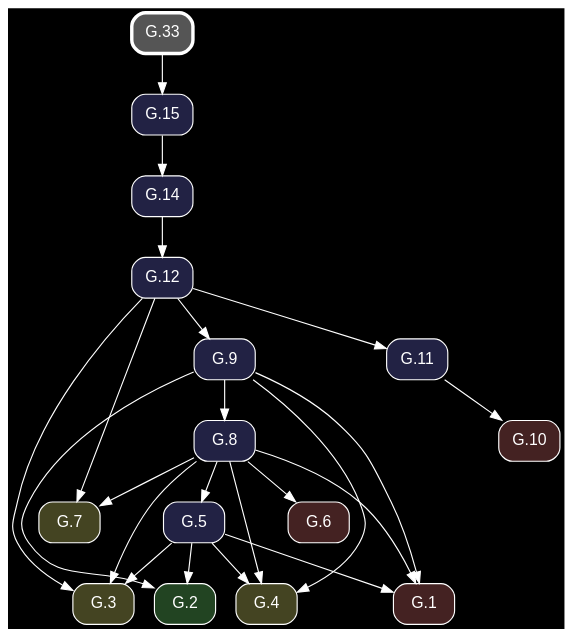
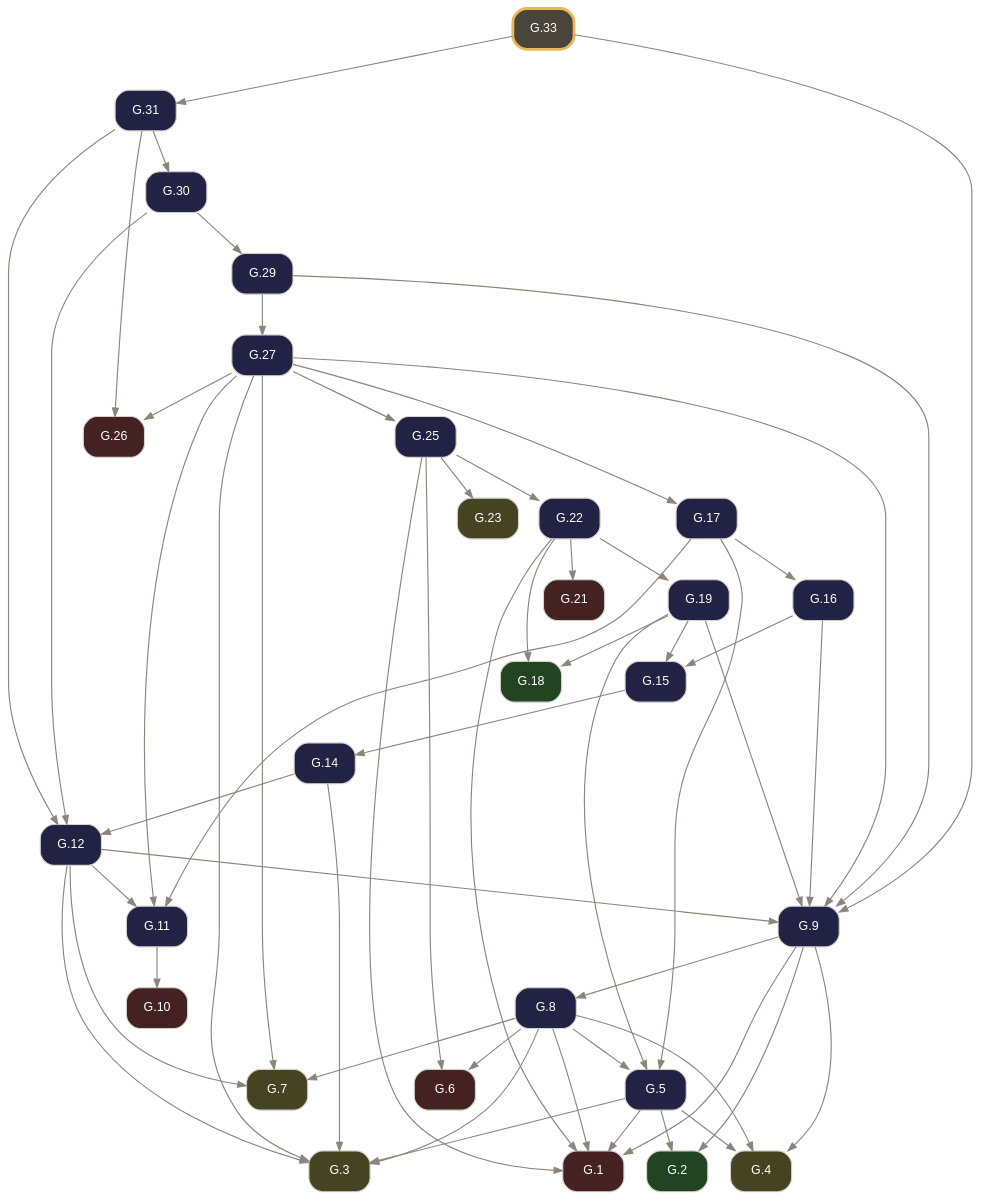
One commit to geometor/elements changed the diagram in docsrc/elements2/G.33/index.rst. Above: the diagram before and after it, drawn with Graphviz. The commit also changed other lines of this file and 261 other files, not shown here.

Commit message:
feat: rebuild Elements 2.0 G-Index pipeline from composed Euclid Heath edition (v0.3.0)

```diff
--- a/docsrc/elements2/G.33/index.rst
+++ b/docsrc/elements2/G.33/index.rst
@@ -38,45 +101,91 @@
 .. graphviz::
 
    digraph {
-     bgcolor="black";
-     node [shape=box, style="rounded,filled", fontname="Helvetica", color="white", fontcolor="white"];
-     edge [color="white", fontcolor="white"];
+     bgcolor="transparent";
+     node [shape=box, style="rounded,filled", fontname="Helvetica", fontsize=11, color="#d6d3cd", fontcolor="#ffffff"];
+     edge [color="#8c857b", fontcolor="#8c857b", arrowsize=0.75];
      rankdir="TB";
-     "G.12" [label="G.12", fillcolor="#222244", URL="/elements2/G.12/", target="_top"];
-     "G.33" [label="G.33", penwidth=3, color="white", fillcolor="#555555", URL="/elements2/G.33/", target="_top"];
-     "G.14" [label="G.14", fillcolor="#222244", URL="/elements2/G.14/", target="_top"];
-     "G.6" [label="G.6", fillcolor="#442222", URL="/elements2/G.6/", target="_top"];
-     "G.8" [label="G.8", fillcolor="#222244", URL="/elements2/G.8/", target="_top"];
-     "G.9" [label="G.9", fillcolor="#222244", URL="/elements2/G.9/", target="_top"];
-     "G.7" [label="G.7", fillcolor="#444422", URL="/elements2/G.7/", target="_top"];
-     "G.10" [label="G.10", fillcolor="#442222", URL="/elements2/G.10/", target="_top"];
-     "G.3" [label="G.3", fillcolor="#444422", URL="/elements2/G.3/", target="_top"];
-     "G.15" [label="G.15", fillcolor="#222244", URL="/elements2/G.15/", target="_top"];
-     "G.11" [label="G.11", fillcolor="#222244", URL="/elements2/G.11/", target="_top"];
-     "G.5" [label="G.5", fillcolor="#222244", URL="/elements2/G.5/", target="_top"];
-     "G.4" [label="G.4", fillcolor="#444422", URL="/elements2/G.4/", target="_top"];
-     "G.1" [label="G.1", fillcolor="#442222", URL="/elements2/G.1/", target="_top"];
-     "G.2" [label="G.2", fillcolor="#224422", URL="/elements2/G.2/", target="_top"];
-     "G.14" -> "G.12";
-     "G.15" -> "G.14";
-     "G.8" -> "G.6";
-     "G.9" -> "G.8";
-     "G.12" -> "G.9";
-     "G.8" -> "G.7";
-     "G.12" -> "G.7";
-     "G.11" -> "G.10";
+     "G.1" [label="G.1", tooltip="G.1 (I.cn.1)", fillcolor="#442222", URL="../G.1/index.html", target="_top"];
+     "G.2" [label="G.2", tooltip="G.2 (I.def.15)", fillcolor="#224422", URL="../G.2/index.html", target="_top"];
+     "G.3" [label="G.3", tooltip="G.3 (I.post.1)", fillcolor="#444422", URL="../G.3/index.html", target="_top"];
+     "G.4" [label="G.4", tooltip="G.4 (I.post.3)", fillcolor="#444422", URL="../G.4/index.html", target="_top"];
+     "G.5" [label="G.5", tooltip="G.5 (I.1)", fillcolor="#222244", URL="../G.5/index.html", target="_top"];
+     "G.6" [label="G.6", tooltip="G.6 (I.cn.3)", fillcolor="#442222", URL="../G.6/index.html", target="_top"];
+     "G.7" [label="G.7", tooltip="G.7 (I.post.2)", fillcolor="#444422", URL="../G.7/index.html", target="_top"];
+     "G.8" [label="G.8", tooltip="G.8 (I.2)", fillcolor="#222244", URL="../G.8/index.html", target="_top"];
+     "G.9" [label="G.9", tooltip="G.9 (I.3)", fillcolor="#222244", URL="../G.9/index.html", target="_top"];
+     "G.10" [label="G.10", tooltip="G.10 (I.cn.4)", fillcolor="#442222", URL="../G.10/index.html", target="_top"];
+     "G.11" [label="G.11", tooltip="G.11 (I.4)", fillcolor="#222244", URL="../G.11/index.html", target="_top"];
+     "G.12" [label="G.12", tooltip="G.12 (I.5)", fillcolor="#222244", URL="../G.12/index.html", target="_top"];
+     "G.14" [label="G.14", tooltip="G.14 (I.7)", fillcolor="#222244", URL="../G.14/index.html", target="_top"];
+     "G.15" [label="G.15", tooltip="G.15 (I.8)", fillcolor="#222244", URL="../G.15/index.html", target="_top"];
+     "G.16" [label="G.16", tooltip="G.16 (I.9)", fillcolor="#222244", URL="../G.16/index.html", target="_top"];
+     "G.17" [label="G.17", tooltip="G.17 (I.10)", fillcolor="#222244", URL="../G.17/index.html", target="_top"];
+     "G.18" [label="G.18", tooltip="G.18 (I.def.10)", fillcolor="#224422", URL="../G.18/index.html", target="_top"];
+     "G.19" [label="G.19", tooltip="G.19 (I.11)", fillcolor="#222244", URL="../G.19/index.html", target="_top"];
+     "G.21" [label="G.21", tooltip="G.21 (I.cn.2)", fillcolor="#442222", URL="../G.21/index.html", target="_top"];
+     "G.22" [label="G.22", tooltip="G.22 (I.13)", fillcolor="#222244", URL="../G.22/index.html", target="_top"];
+     "G.23" [label="G.23", tooltip="G.23 (I.post.4)", fillcolor="#444422", URL="../G.23/index.html", target="_top"];
+     "G.25" [label="G.25", tooltip="G.25 (I.15)", fillcolor="#222244", URL="../G.25/index.html", target="_top"];
+     "G.26" [label="G.26", tooltip="G.26 (I.cn.5)", fillcolor="#442222", URL="../G.26/index.html", target="_top"];
+     "G.27" [label="G.27", tooltip="G.27 (I.16)", fillcolor="#222244", URL="../G.27/index.html", target="_top"];
+     "G.29" [label="G.29", tooltip="G.29 (I.18)", fillcolor="#222244", URL="../G.29/index.html", target="_top"];
+     "G.30" [label="G.30", tooltip="G.30 (I.19)", fillcolor="#222244", URL="../G.30/index.html", target="_top"];
+     "G.31" [label="G.31", tooltip="G.31 (I.20)", fillcolor="#222244", URL="../G.31/index.html", target="_top"];
+     "G.33" [label="G.33", tooltip="G.33 (I.22)", penwidth=2.5, color="#e8b85a", fillcolor="#4a453b", URL="index.html", target="_top"];
+     "G.5" -> "G.1";
+     "G.8" -> "G.1";
+     "G.9" -> "G.1";
+     "G.22" -> "G.1";
+     "G.25" -> "G.1";
+     "G.5" -> "G.2";
+     "G.9" -> "G.2";
      "G.5" -> "G.3";
      "G.8" -> "G.3";
      "G.12" -> "G.3";
-     "G.33" -> "G.15";
-     "G.12" -> "G.11";
-     "G.8" -> "G.5";
+     "G.14" -> "G.3";
+     "G.27" -> "G.3";
      "G.5" -> "G.4";
      "G.8" -> "G.4";
      "G.9" -> "G.4";
-     "G.5" -> "G.1";
-     "G.8" -> "G.1";
-     "G.9" -> "G.1";
-     "G.5" -> "G.2";
-     "G.9" -> "G.2";
+     "G.8" -> "G.5";
+     "G.17" -> "G.5";
+     "G.19" -> "G.5";
+     "G.8" -> "G.6";
+     "G.25" -> "G.6";
+     "G.8" -> "G.7";
+     "G.12" -> "G.7";
+     "G.27" -> "G.7";
+     "G.9" -> "G.8";
+     "G.12" -> "G.9";
+     "G.16" -> "G.9";
+     "G.19" -> "G.9";
+     "G.27" -> "G.9";
+     "G.29" -> "G.9";
+     "G.33" -> "G.9";
+     "G.11" -> "G.10";
+     "G.12" -> "G.11";
+     "G.17" -> "G.11";
+     "G.27" -> "G.11";
+     "G.14" -> "G.12";
+     "G.30" -> "G.12";
+     "G.31" -> "G.12";
+     "G.15" -> "G.14";
+     "G.16" -> "G.15";
+     "G.19" -> "G.15";
+     "G.17" -> "G.16";
+     "G.27" -> "G.17";
+     "G.19" -> "G.18";
+     "G.22" -> "G.18";
+     "G.22" -> "G.19";
+     "G.22" -> "G.21";
+     "G.25" -> "G.22";
+     "G.25" -> "G.23";
+     "G.27" -> "G.25";
+     "G.27" -> "G.26";
+     "G.31" -> "G.26";
+     "G.29" -> "G.27";
+     "G.30" -> "G.29";
+     "G.31" -> "G.30";
+     "G.33" -> "G.31";
    }
```
